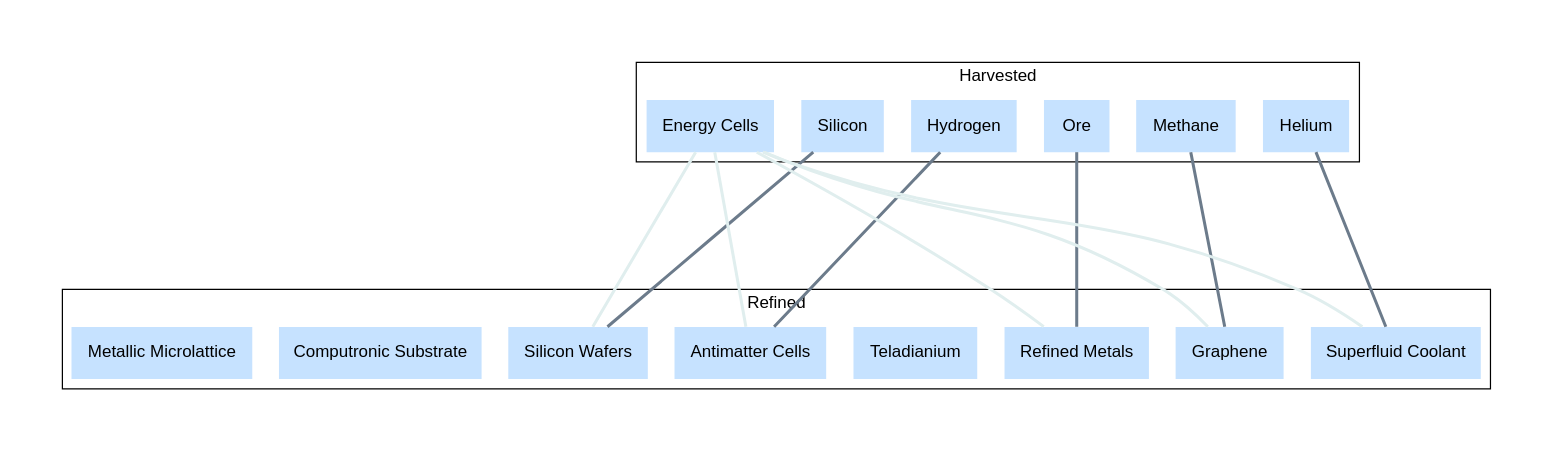
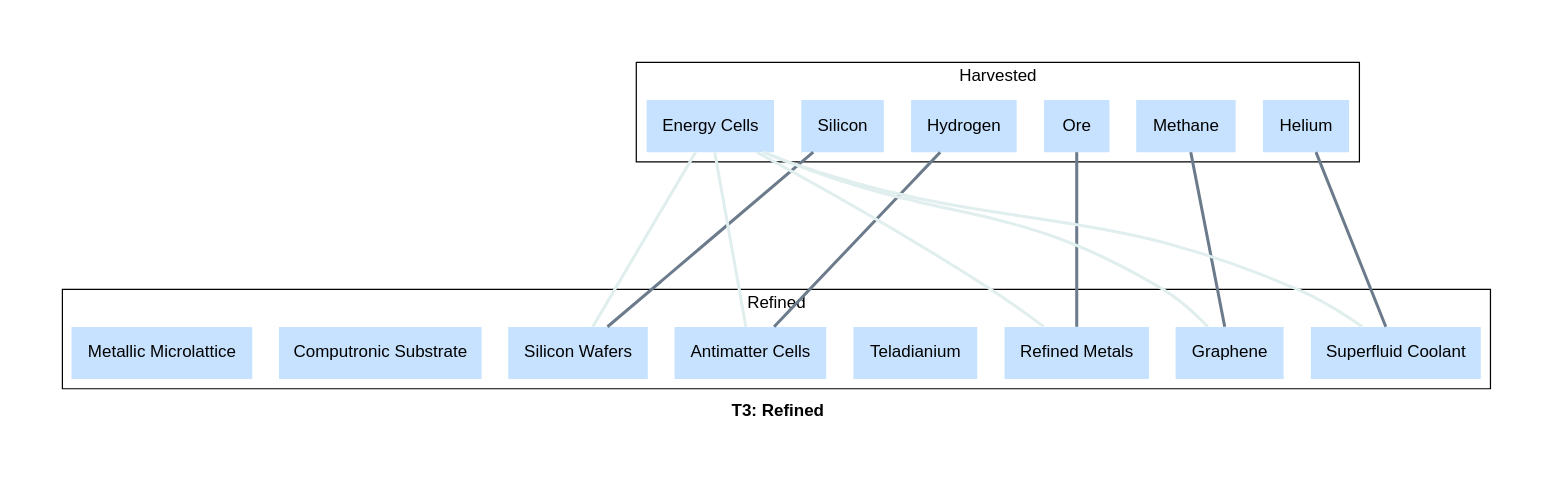
The diagram in docs/t3_refined_graph.dot (borntyping/x4-diagrams), drawn with Graphviz before and after one commit. The commit also changed 117 other files, not shown here.

Commit message:
Add titles and descriptions to diagrams

```diff
--- a/docs/t3_refined_graph.dot
+++ b/docs/t3_refined_graph.dot
@@ -1,36 +1,37 @@
 graph "X4 Economy" {
 	compound=true fontname="Helvetica,Arial,sans-serif"
+	label=<<b>T3: Refined</b>>
 	graph [nodesep=0.3 pad=0.5 ranksep=2]
 	node [color=slategray1 fontname="Helvetica,Arial,sans-serif" margin=0.2 penwidth=0 shape=record style=filled]
 	edge [fontname="Helvetica,Arial,sans-serif" penwidth=2.5]
 	subgraph 0 {
 		cluster=true label=Harvested
 		Helium [colour=lightsteelblue2 shape=box]
 		Methane [colour=lightsteelblue2 shape=box]
 		Ore [colour=lightsteelblue2 shape=box]
 		Hydrogen [colour=lightsteelblue2 shape=box]
 		Silicon [colour=lightsteelblue2 shape=box]
 		"Energy Cells" [colour=lightsteelblue2 shape=box]
 	}
 	subgraph 3 {
 		cluster=true label=Refined
 		"Superfluid Coolant" [colour=lightsteelblue2 shape=box]
 		Graphene [colour=lightsteelblue2 shape=box]
 		"Refined Metals" [colour=lightsteelblue2 shape=box]
 		Teladianium [colour=lightsteelblue2 shape=box]
 		"Antimatter Cells" [colour=lightsteelblue2 shape=box]
 		"Silicon Wafers" [colour=lightsteelblue2 shape=box]
 		"Computronic Substrate" [colour=lightsteelblue2 shape=box]
 		"Metallic Microlattice" [colour=lightsteelblue2 shape=box]
 	}
 	"Energy Cells" -- "Superfluid Coolant" [color=azure2 constraint=false]
 	Helium -- "Superfluid Coolant" [color=slategray4 constraint=true]
 	"Energy Cells" -- Graphene [color=azure2 constraint=false]
 	Methane -- Graphene [color=slategray4 constraint=true]
 	"Energy Cells" -- "Refined Metals" [color=azure2 constraint=false]
 	Ore -- "Refined Metals" [color=slategray4 constraint=true]
 	"Energy Cells" -- "Antimatter Cells" [color=azure2 constraint=false]
 	Hydrogen -- "Antimatter Cells" [color=slategray4 constraint=true]
 	"Energy Cells" -- "Silicon Wafers" [color=azure2 constraint=false]
 	Silicon -- "Silicon Wafers" [color=slategray4 constraint=true]
 }
```
